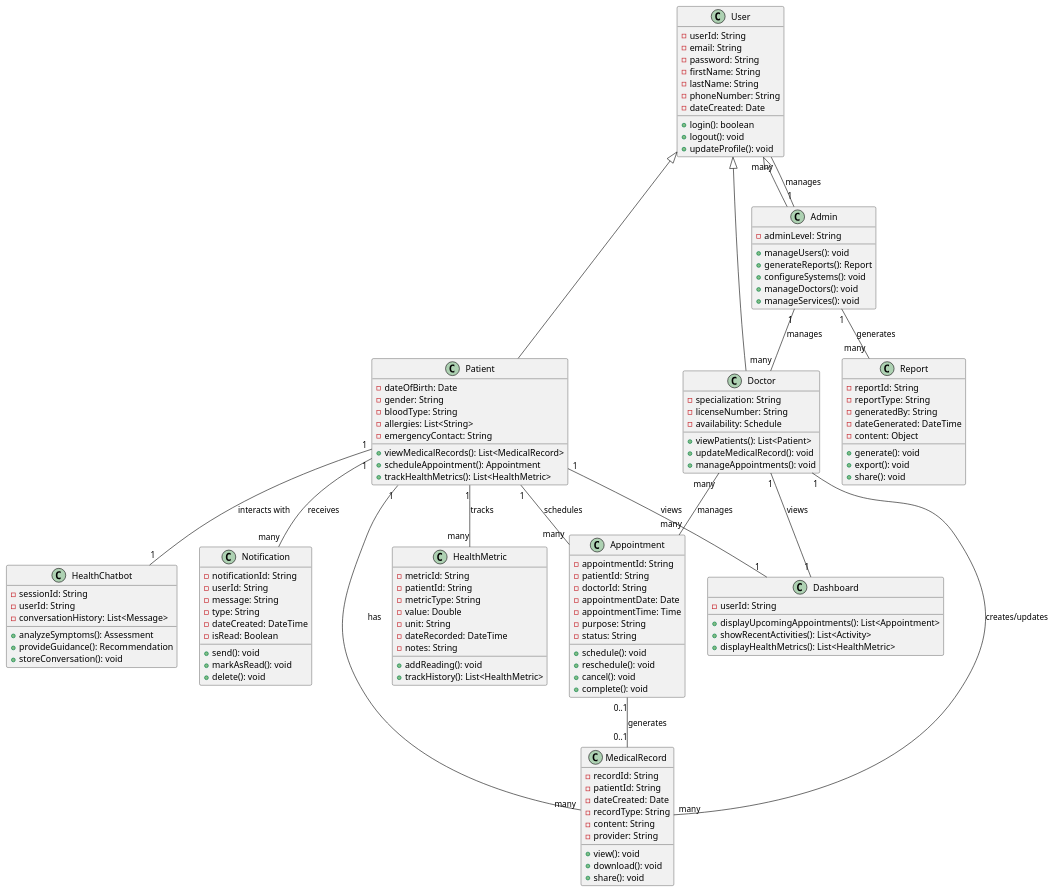
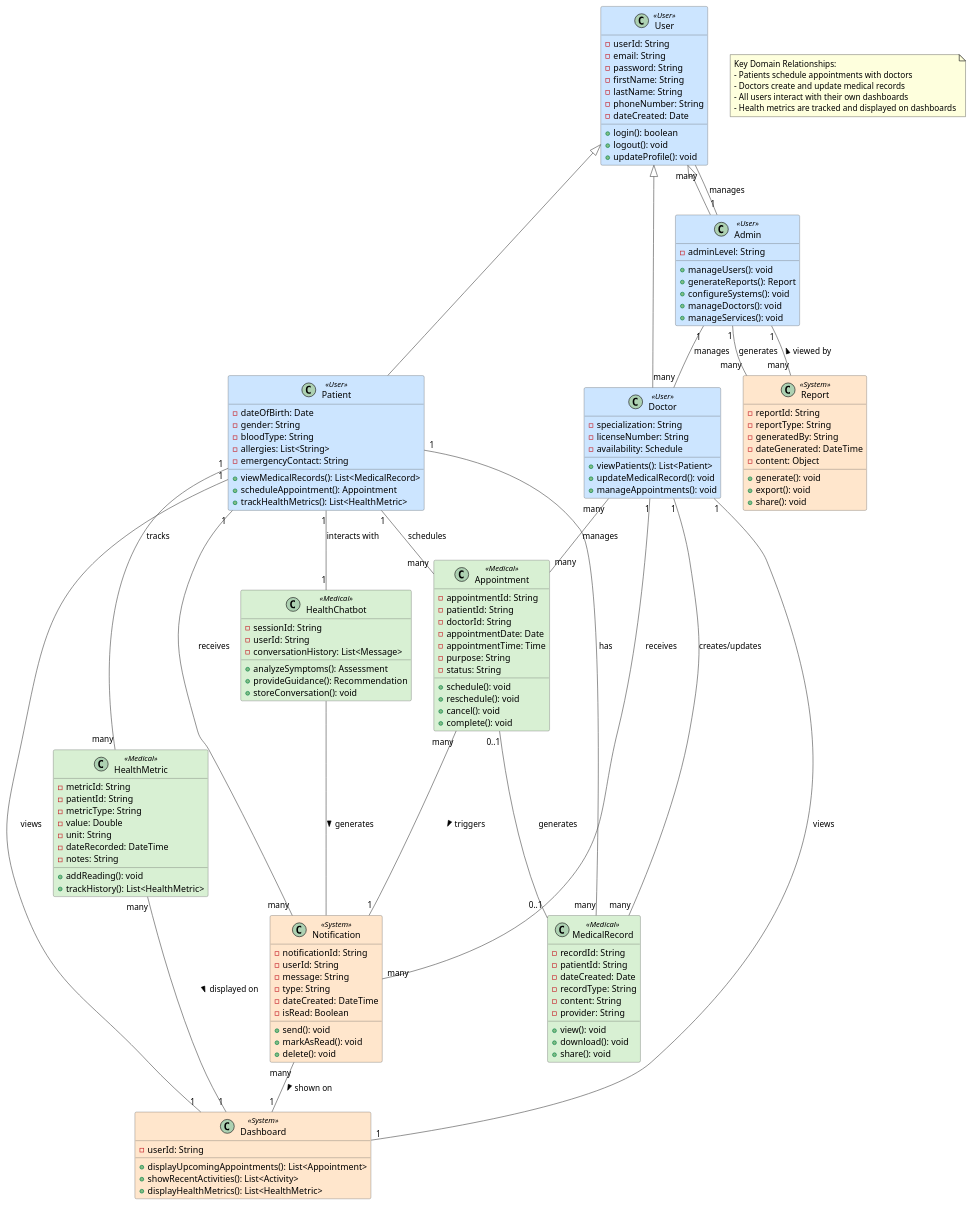
One commit to Ama-Annor/SamaCare changed the diagram in diagrams/class_diagram.puml. Above: the diagram before and after it, drawn with PlantUML.

```diff
--- a/diagrams/class_diagram.puml
+++ b/diagrams/class_diagram.puml
@@ -1,147 +1,167 @@
 @startuml SamaCare Class Diagram
 
-' Classes related to users
-class User {
-  -userId: String
-  -email: String
-  -password: String
-  -firstName: String
-  -lastName: String
-  -phoneNumber: String
-  -dateCreated: Date
-  +login(): boolean
-  +logout(): void
-  +updateProfile(): void
+' Color definitions
+skinparam class {
+    BackgroundColor<<User>> #CCE5FF
+    BackgroundColor<<Medical>> #D8F0D3
+    BackgroundColor<<System>> #FFE6CC
+    BorderColor #555555
+    ArrowColor #555555
 }
 
-class Patient {
-  -dateOfBirth: Date
-  -gender: String
-  -bloodType: String
-  -allergies: List<String>
-  -emergencyContact: String
-  +viewMedicalRecords(): List<MedicalRecord>
-  +scheduleAppointment(): Appointment
-  +trackHealthMetrics(): List<HealthMetric>
+' Classes related to users
+class User <<User>> {
+    -userId: String
+    -email: String
+    -password: String
+    -firstName: String
+    -lastName: String
+    -phoneNumber: String
+    -dateCreated: Date
+    +login(): boolean
+    +logout(): void
+    +updateProfile(): void
 }
 
-class Doctor {
-  -specialization: String
-  -licenseNumber: String
-  -availability: Schedule
-  +viewPatients(): List<Patient>
-  +updateMedicalRecord(): void
-  +manageAppointments(): void
+class Patient <<User>> {
+    -dateOfBirth: Date
+    -gender: String
+    -bloodType: String
+    -allergies: List<String>
+    -emergencyContact: String
+    +viewMedicalRecords(): List<MedicalRecord>
+    +scheduleAppointment(): Appointment
+    +trackHealthMetrics(): List<HealthMetric>
 }
 
-class Admin {
-  -adminLevel: String
-  +manageUsers(): void
-  +generateReports(): Report
-  +configureSystems(): void
-  +manageDoctors(): void
-  +manageServices(): void
+class Doctor <<User>> {
+    -specialization: String
+    -licenseNumber: String
+    -availability: Schedule
+    +viewPatients(): List<Patient>
+    +updateMedicalRecord(): void
+    +manageAppointments(): void
+}
+
+class Admin <<User>> {
+    -adminLevel: String
+    +manageUsers(): void
+    +generateReports(): Report
+    +configureSystems(): void
+    +manageDoctors(): void
+    +manageServices(): void
 }
 
 ' Classes related to medical information
-class MedicalRecord {
-  -recordId: String
-  -patientId: String
-  -dateCreated: Date
-  -recordType: String
-  -content: String
-  -provider: String
-  +view(): void
-  +download(): void
-  +share(): void
+class MedicalRecord <<Medical>> {
+    -recordId: String
+    -patientId: String
+    -dateCreated: Date
+    -recordType: String
+    -content: String
+    -provider: String
+    +view(): void
+    +download(): void
+    +share(): void
 }
 
-class Appointment {
-  -appointmentId: String
-  -patientId: String
-  -doctorId: String
-  -appointmentDate: Date
-  -appointmentTime: Time
-  -purpose: String
-  -status: String
-  +schedule(): void
-  +reschedule(): void
-  +cancel(): void
-  +complete(): void
+class Appointment <<Medical>> {
+    -appointmentId: String
+    -patientId: String
+    -doctorId: String
+    -appointmentDate: Date
+    -appointmentTime: Time
+    -purpose: String
+    -status: String
+    +schedule(): void
+    +reschedule(): void
+    +cancel(): void
+    +complete(): void
 }
 
-class HealthMetric {
-  -metricId: String
-  -patientId: String
-  -metricType: String
-  -value: Double
-  -unit: String
-  -dateRecorded: DateTime
-  -notes: String
-  +addReading(): void
-  +trackHistory(): List<HealthMetric>
+class HealthMetric <<Medical>> {
+    -metricId: String
+    -patientId: String
+    -metricType: String
+    -value: Double
+    -unit: String
+    -dateRecorded: DateTime
+    -notes: String
+    +addReading(): void
+    +trackHistory(): List<HealthMetric>
 }
 
-class HealthChatbot {
-  -sessionId: String
-  -userId: String
-  -conversationHistory: List<Message>
-  +analyzeSymptoms(): Assessment
-  +provideGuidance(): Recommendation
-  +storeConversation(): void
+class HealthChatbot <<Medical>> {
+    -sessionId: String
+    -userId: String
+    -conversationHistory: List<Message>
+    +analyzeSymptoms(): Assessment
+    +provideGuidance(): Recommendation
+    +storeConversation(): void
 }
 
 ' Classes related to system features
-class Dashboard {
-  -userId: String
-  +displayUpcomingAppointments(): List<Appointment>
-  +showRecentActivities(): List<Activity>
-  +displayHealthMetrics(): List<HealthMetric>
+class Dashboard <<System>> {
+    -userId: String
+    +displayUpcomingAppointments(): List<Appointment>
+    +showRecentActivities(): List<Activity>
+    +displayHealthMetrics(): List<HealthMetric>
 }
 
-class Notification {
-  -notificationId: String
-  -userId: String
-  -message: String
-  -type: String
-  -dateCreated: DateTime
-  -isRead: Boolean
-  +send(): void
-  +markAsRead(): void
-  +delete(): void
+class Notification <<System>> {
+    -notificationId: String
+    -userId: String
+    -message: String
+    -type: String
+    -dateCreated: DateTime
+    -isRead: Boolean
+    +send(): void
+    +markAsRead(): void
+    +delete(): void
 }
 
-class Report {
-  -reportId: String
-  -reportType: String
-  -generatedBy: String
-  -dateGenerated: DateTime
-  -content: Object
-  +generate(): void
-  +export(): void
-  +share(): void
+class Report <<System>> {
+    -reportId: String
+    -reportType: String
+    -generatedBy: String
+    -dateGenerated: DateTime
+    -content: Object
+    +generate(): void
+    +export(): void
+    +share(): void
 }
+
+' Add a note about key relationships
+note "Key Domain Relationships:\n- Patients schedule appointments with doctors\n- Doctors create and update medical records\n- All users interact with their own dashboards\n- Health metrics are tracked and displayed on dashboards" as N1
 
 ' Relationships
 User <|-- Patient
 User <|-- Doctor
 User <|-- Admin
 
 Patient "1" -- "many" MedicalRecord : has
 Patient "1" -- "many" Appointment : schedules
 Patient "1" -- "many" HealthMetric : tracks
 Patient "1" -- "1" Dashboard : views
 Patient "1" -- "many" Notification : receives
 Patient "1" -- "1" HealthChatbot : interacts with
 
 Doctor "many" -- "many" Appointment : manages
 Doctor "1" -- "many" MedicalRecord : creates/updates
 Doctor "1" -- "1" Dashboard : views
+Doctor "1" -- "many" Notification : receives
 
 Admin "1" -- "many" Report : generates
 Admin "1" -- "many" User : manages
 Admin "1" -- "many" Doctor : manages
 
 Appointment "0..1" -- "0..1" MedicalRecord : generates
+Appointment "many" -- "1" Notification : triggers >
 
-@enduml∂
+' Additional relationships
+HealthMetric "many" -- "1" Dashboard : displayed on >
+Notification "many" -- "1" Dashboard : shown on >
+Report "many" -- "1" Admin : viewed by >
+HealthChatbot -- Notification : generates >
+
+@enduml
```
